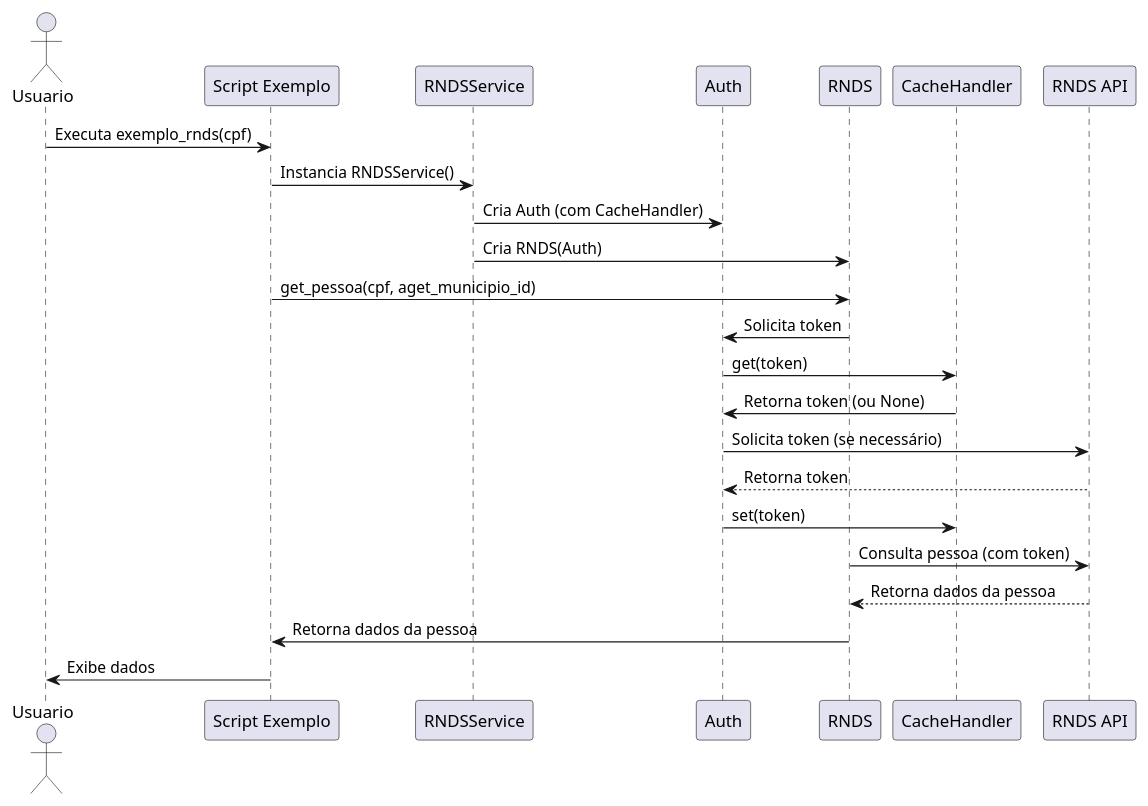
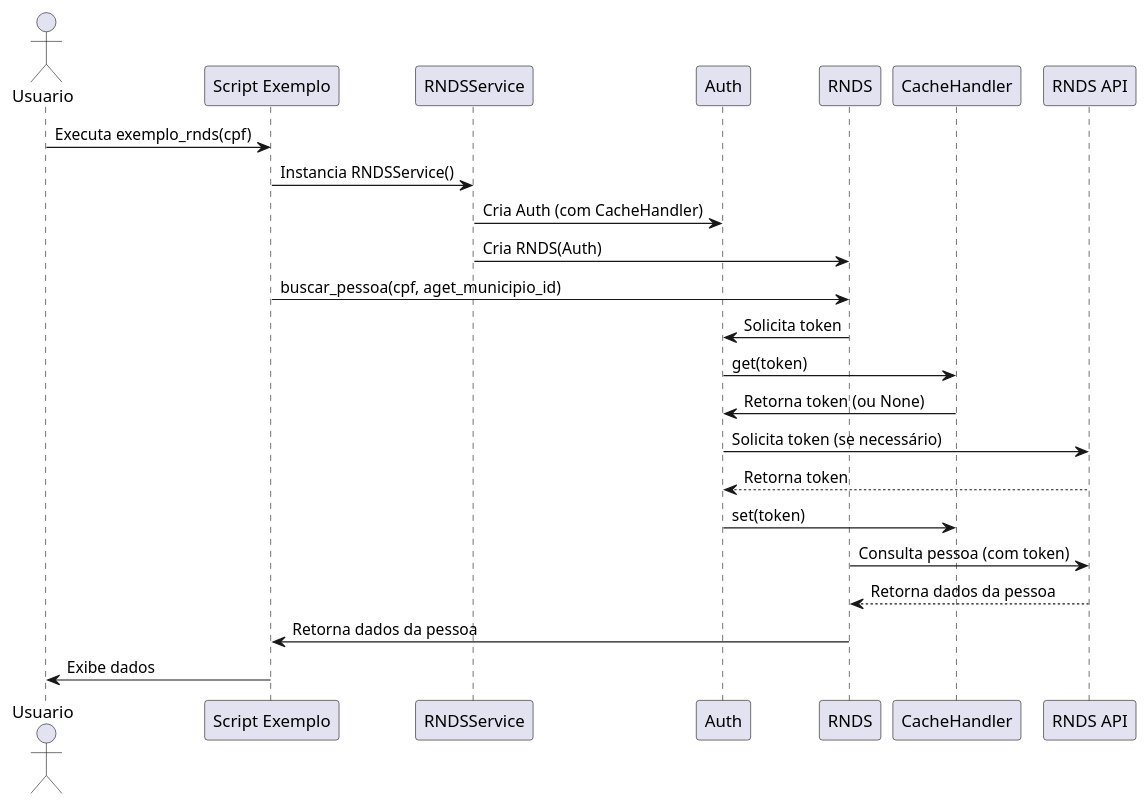
The diagram in docs/seq-rnds-get-pessoa.puml (Regulacao-SUS/rnds), drawn with PlantUML before and after one commit. The commit also changed 13 other files, not shown here.

```diff
--- a/docs/seq-rnds-get-pessoa.puml
+++ b/docs/seq-rnds-get-pessoa.puml
@@ -1,26 +1,26 @@
 @startuml
 actor Usuario
 participant "Script Exemplo" as Script
 participant "RNDSService" as Service
 participant "Auth"
 participant "RNDS"
 participant "CacheHandler"
 participant "RNDS API"
 
 Usuario -> Script : Executa exemplo_rnds(cpf)
 Script -> Service : Instancia RNDSService()
 Service -> Auth : Cria Auth (com CacheHandler)
 Service -> RNDS : Cria RNDS(Auth)
-Script -> RNDS : get_pessoa(cpf, aget_municipio_id)
+Script -> RNDS : buscar_pessoa(cpf, aget_municipio_id)
 RNDS -> Auth : Solicita token
 Auth -> CacheHandler : get(token)
 CacheHandler -> Auth : Retorna token (ou None)
 Auth -> "RNDS API" : Solicita token (se necessário)
 "RNDS API" --> Auth : Retorna token
 Auth -> CacheHandler : set(token)
 RNDS -> "RNDS API" : Consulta pessoa (com token)
 "RNDS API" --> RNDS : Retorna dados da pessoa
 RNDS -> Script : Retorna dados da pessoa
 Script -> Usuario : Exibe dados
 
 @enduml
```
